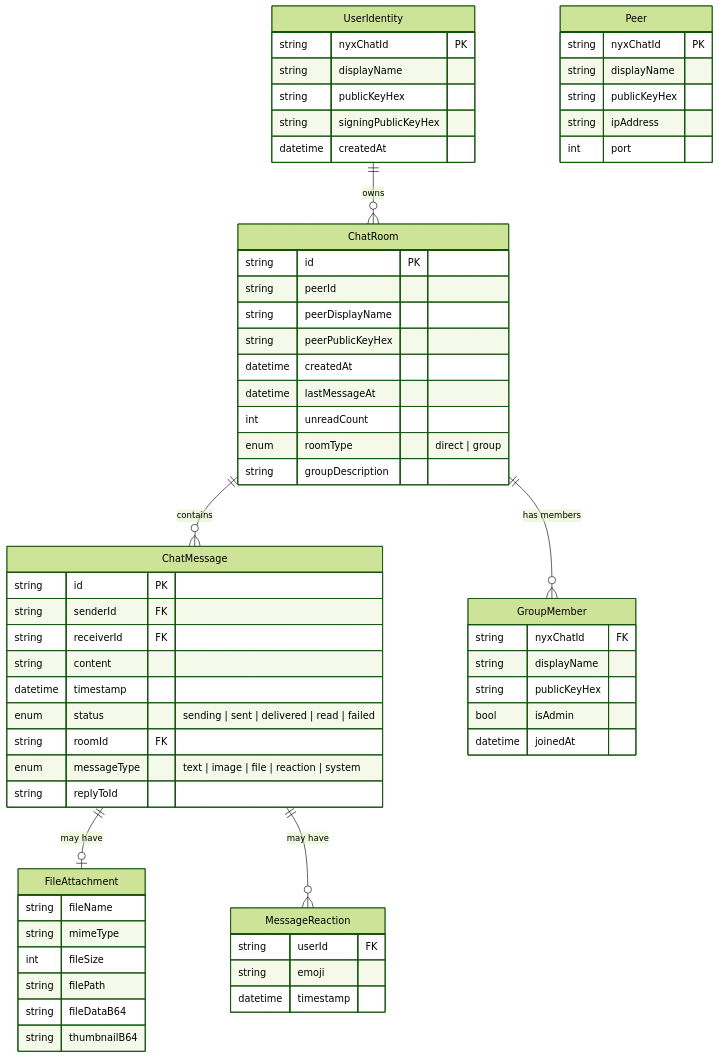
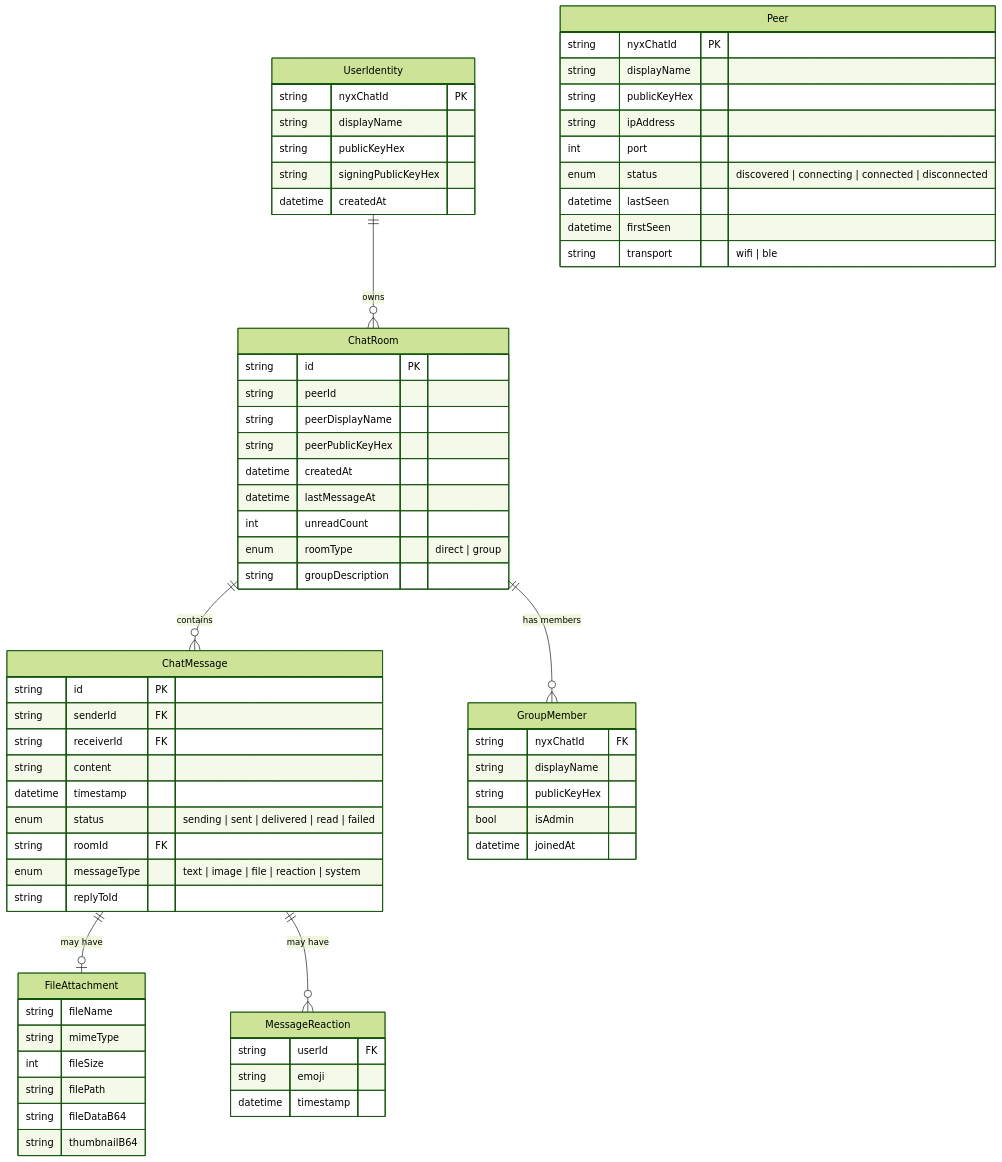
Before and after one commit to harshitt13/NyxChat: diagram 20 of 20 in README.md, drawn with Mermaid (forest theme). The commit also changed other lines of this file and 75 other files, not shown here.

````diff
--- a/README.md
+++ b/README.md
@@ -718,71 +895,75 @@
 ```mermaid
 erDiagram
     UserIdentity {
         string nyxChatId PK
         string displayName
         string publicKeyHex
         string signingPublicKeyHex
         datetime createdAt
     }
 
     ChatRoom {
         string id PK
         string peerId
         string peerDisplayName
         string peerPublicKeyHex
         datetime createdAt
         datetime lastMessageAt
         int unreadCount
         enum roomType "direct | group"
         string groupDescription
     }
 
     ChatMessage {
         string id PK
         string senderId FK
         string receiverId FK
         string content
         datetime timestamp
         enum status "sending | sent | delivered | read | failed"
         string roomId FK
         enum messageType "text | image | file | reaction | system"
         string replyToId
     }
 
     GroupMember {
         string nyxChatId FK
         string displayName
         string publicKeyHex
         bool isAdmin
         datetime joinedAt
     }
 
     FileAttachment {
         string fileName
         string mimeType
         int fileSize
         string filePath
         string fileDataB64
         string thumbnailB64
     }
 
     MessageReaction {
         string userId FK
         string emoji
         datetime timestamp
     }
 
     Peer {
         string nyxChatId PK
         string displayName
         string publicKeyHex
         string ipAddress
         int port
+        enum status "discovered | connecting | connected | disconnected"
+        datetime lastSeen
+        datetime firstSeen
+        string transport "wifi | ble"
     }
 
     UserIdentity ||--o{ ChatRoom : "owns"
     ChatRoom ||--o{ ChatMessage : "contains"
     ChatRoom ||--o{ GroupMember : "has members"
     ChatMessage ||--o| FileAttachment : "may have"
     ChatMessage ||--o{ MessageReaction : "may have"
 ```
````
